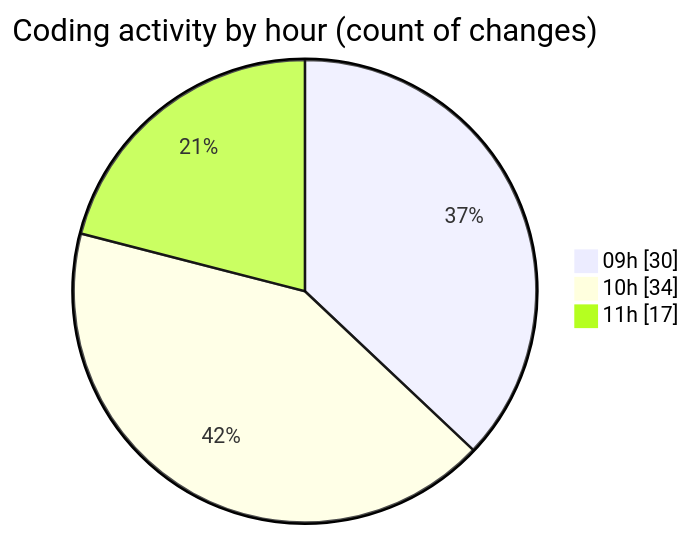
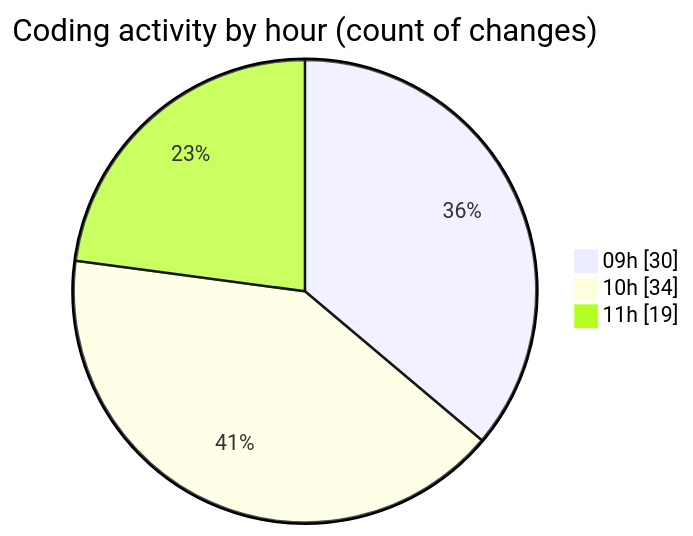
One commit to momahboobian/code-tracking changed the second of 2 diagrams in 2025-04-02/cda/README.md. Above: the diagram before and after it, drawn with Mermaid. The commit also changed other lines of this file and 1 other file, not shown here.

````diff
--- a/2025-04-02/cda/README.md
+++ b/2025-04-02/cda/README.md
@@ -35,7 +35,7 @@
 ```mermaid
 pie showData
 title Coding activity by hour (count of changes)
 "09h" : 30
 "10h" : 34
-"11h" : 17
+"11h" : 19
 ```
````
